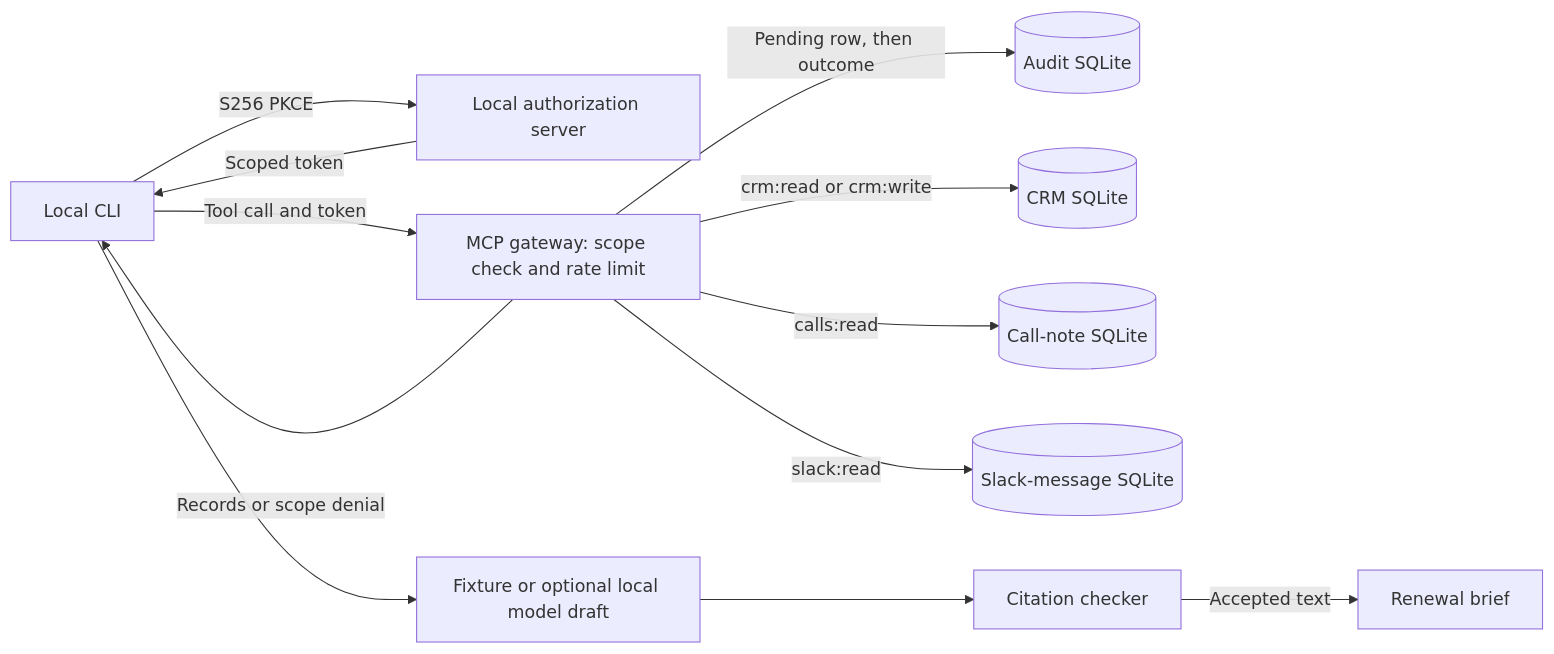
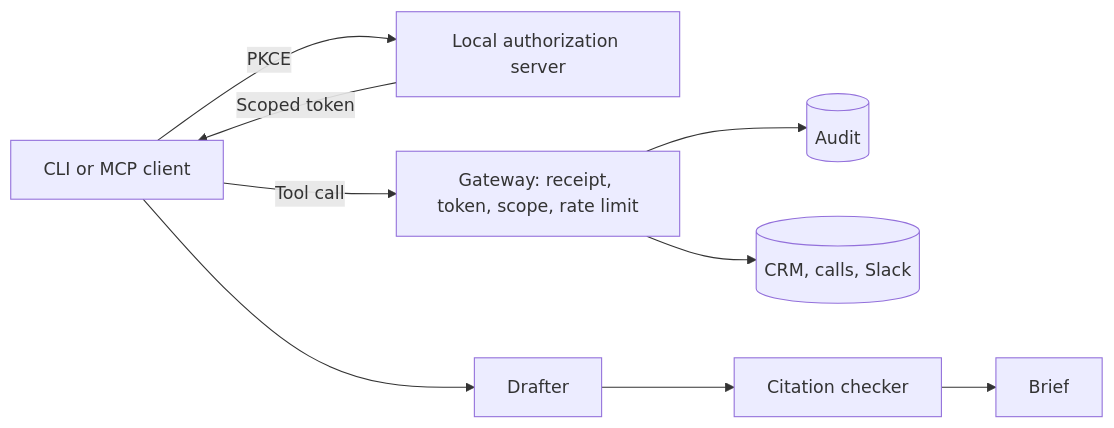
The diagram in README.md (pwngh/gtm-connector), drawn with Mermaid before and after one commit. The commit also changed other lines of this file and 1 other file, not shown here.

````diff
--- a/README.md
+++ b/README.md
@@ -161,14 +81,9 @@
 ```mermaid
 flowchart LR
-    CLI["Local CLI"] -->|"S256 PKCE"| Auth["Local authorization server"]
-    Auth -->|"Scoped token"| CLI
-    CLI -->|"Tool call and token"| MCP["MCP gateway: scope check and rate limit"]
-    MCP -->|"Pending row, then outcome"| Audit[("Audit SQLite")]
-    MCP -->|"crm:read or crm:write"| CRM[("CRM SQLite")]
-    MCP -->|"calls:read"| Calls[("Call-note SQLite")]
-    MCP -->|"slack:read"| Slack[("Slack-message SQLite")]
-    MCP -->|"Records or scope denial"| CLI
-    CLI --> Draft["Fixture or optional local model draft"]
-    Draft --> Check["Citation checker"]
-    Check -->|"Accepted text"| Brief["Renewal brief"]
+    Client["CLI or MCP client"] -->|"PKCE"| Auth["Local authorization server"]
+    Auth -->|"Scoped token"| Client
+    Client -->|"Tool call"| Gateway["Gateway: receipt, token, scope, rate limit"]
+    Gateway --> Audit[("Audit")]
+    Gateway --> Sources[("CRM, calls, Slack")]
+    Client --> Draft["Drafter"] --> Check["Citation checker"] --> Brief["Brief"]
 ```
````
